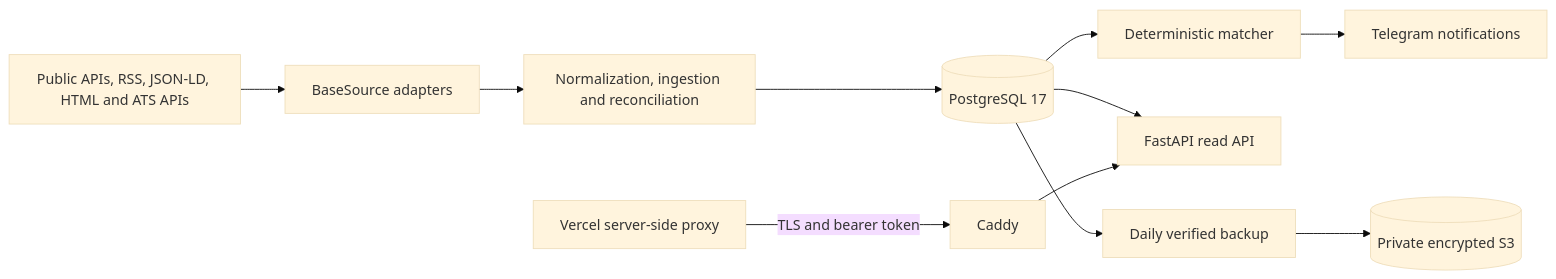
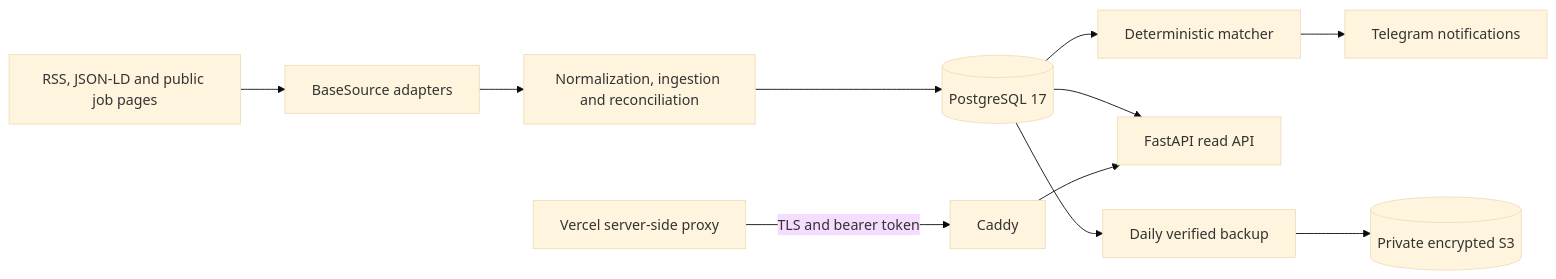
Before and after one commit to Bigda7/jobradar: the diagram in README.md, drawn with Mermaid (base theme). The commit also changed other lines of this file and 50 other files, not shown here.

Commit message:
refactor: remove retired source adapters

````diff
--- a/README.md
+++ b/README.md
@@ -36,13 +31,13 @@
 ```mermaid
 flowchart LR
-    Sources[Public APIs, RSS, JSON-LD, HTML and ATS APIs] --> Adapters[BaseSource adapters]
+    Sources[RSS, JSON-LD and public job pages] --> Adapters[BaseSource adapters]
     Adapters --> Ingestion[Normalization, ingestion and reconciliation]
     Ingestion --> DB[(PostgreSQL 17)]
     DB --> Matcher[Deterministic matcher]
     Matcher --> Telegram[Telegram notifications]
     DB --> API[FastAPI read API]
     Web[Vercel server-side proxy] -->|TLS and bearer token| Caddy[Caddy]
     Caddy --> API
     Backup[Daily verified backup] --> S3[(Private encrypted S3)]
     DB --> Backup
 ```
````
